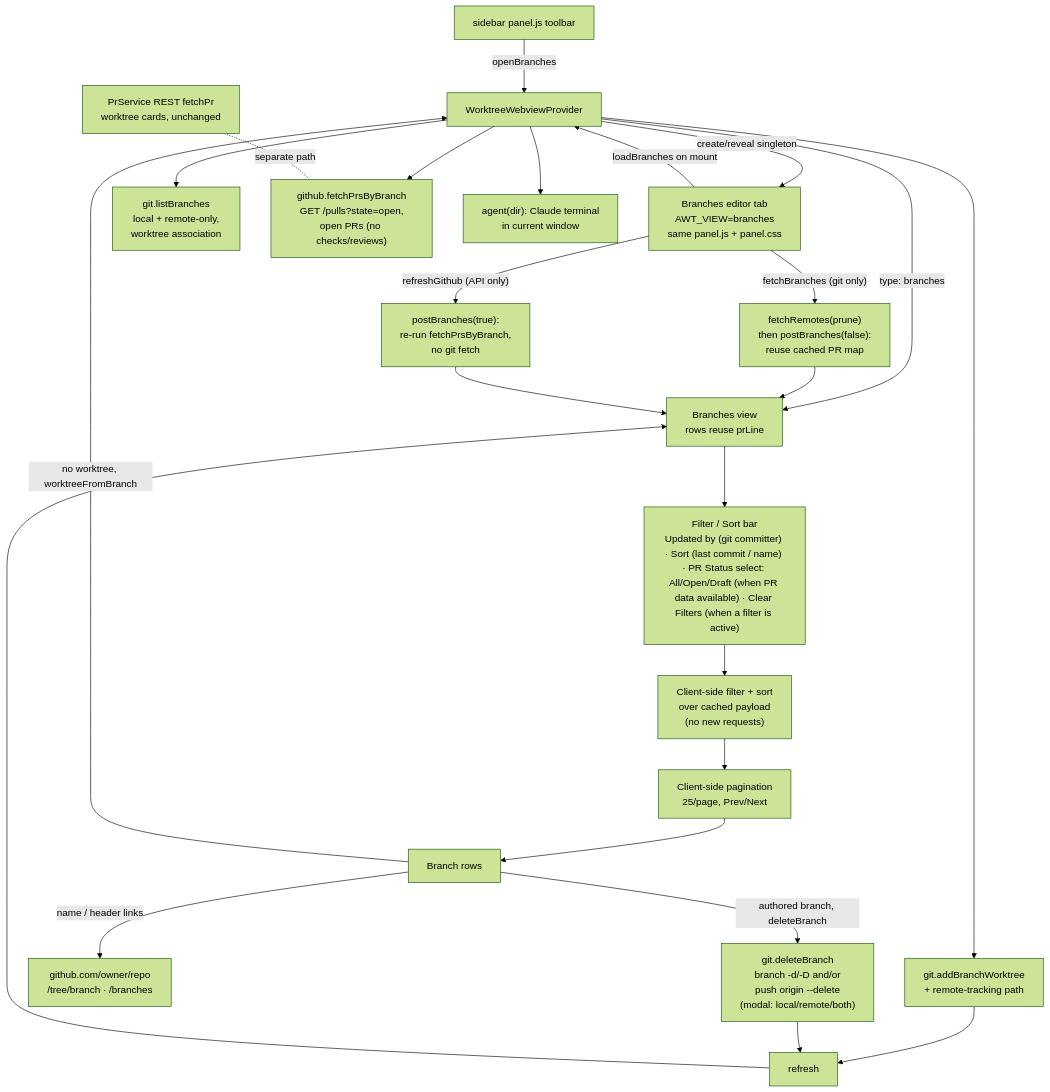
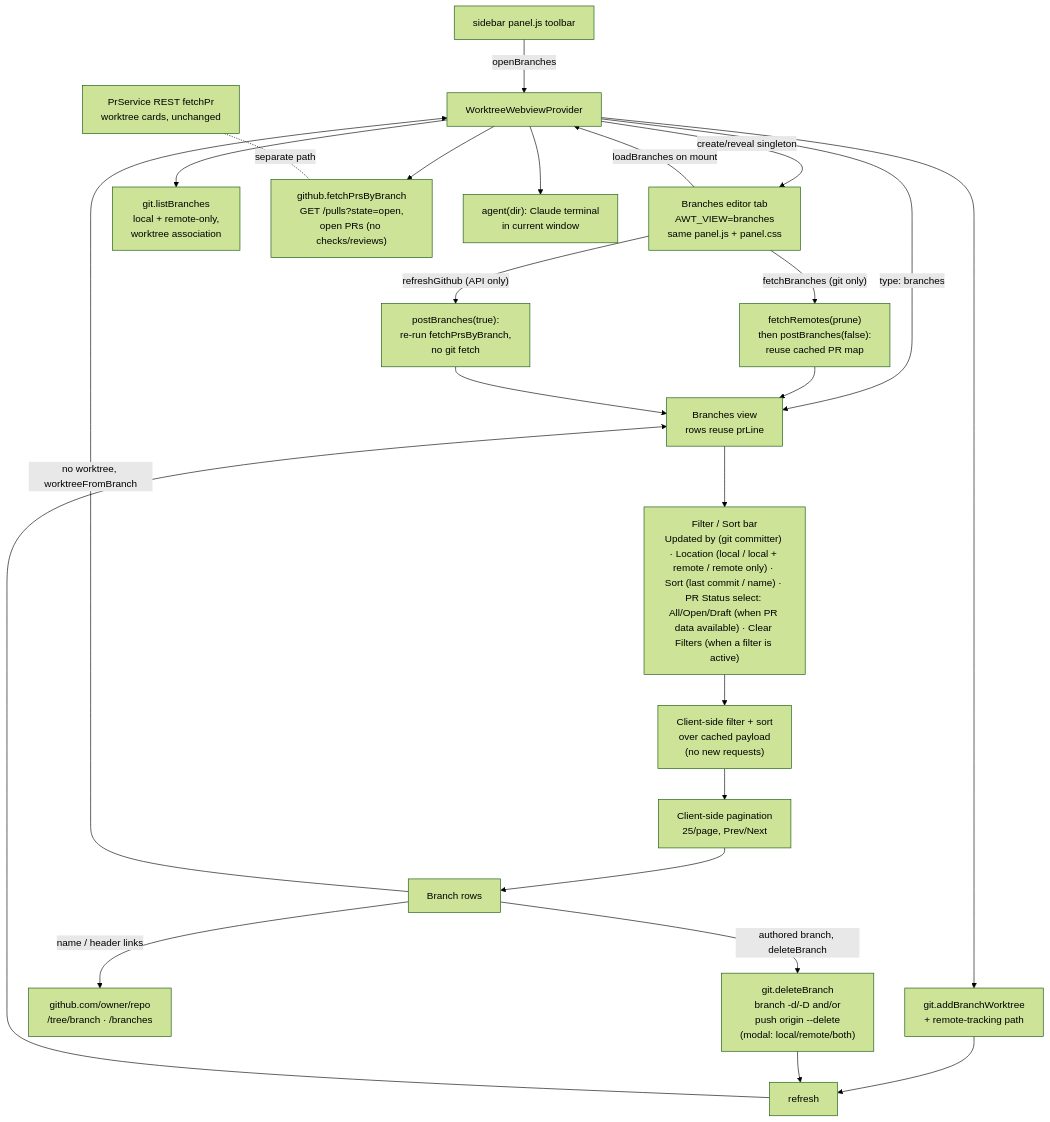
Before and after one commit to BradenTerry/agent-worktrees: the second of 2 diagrams in README.md, drawn with Mermaid (forest theme). The commit also changed other lines of this file and 3 other files, not shown here.

First line of the commit message:
Add a Location multi-select filter to the Branches view

````diff
--- a/README.md
+++ b/README.md
@@ -473,25 +480,25 @@
 ```mermaid
 flowchart TD
     TB["sidebar panel.js toolbar"] -->|openBranches| WV[WorktreeWebviewProvider]
     WV -->|create/reveal singleton| EP["Branches editor tab<br/>AWT_VIEW=branches<br/>same panel.js + panel.css"]
     EP -->|loadBranches on mount| WV
     WV --> LB["git.listBranches<br/>local + remote-only,<br/>worktree association"]
     WV --> FPB["github.fetchPrsByBranch<br/>GET /pulls?state=open,<br/>open PRs (no checks/reviews)"]
     WV -->|type: branches| BO["Branches view<br/>rows reuse prLine"]
-    BO --> FB["Filter / Sort bar<br/>Updated by (git committer) · Sort (last commit / name) · PR Status select: All/Open/Draft (when PR data available) · Clear Filters (when a filter is active)"]
+    BO --> FB["Filter / Sort bar<br/>Updated by (git committer) · Location (local / local + remote / remote only) · Sort (last commit / name) · PR Status select: All/Open/Draft (when PR data available) · Clear Filters (when a filter is active)"]
     FB --> CS["Client-side filter + sort<br/>over cached payload<br/>(no new requests)"]
     CS --> PG["Client-side pagination<br/>25/page, Prev/Next"]
     PG --> ROWS[Branch rows]
     ROWS -->|no worktree, worktreeFromBranch| WV
     ROWS -->|"authored branch, deleteBranch"| DB["git.deleteBranch<br/>branch -d/-D and/or<br/>push origin --delete<br/>(modal: local/remote/both)"]
     ROWS -->|"name / header links"| GH["github.com/owner/repo<br/>/tree/branch · /branches"]
     EP -->|"fetchBranches (git only)"| FET["fetchRemotes(prune)<br/>then postBranches(false):<br/>reuse cached PR map"]
     EP -->|"refreshGithub (API only)"| RGH["postBranches(true):<br/>re-run fetchPrsByBranch,<br/>no git fetch"]
     WV --> AW["git.addBranchWorktree<br/>+ remote-tracking path"]
     WV --> AG["agent(dir): Claude terminal<br/>in current window"]
     AW --> RF[refresh] --> BO
     DB --> RF
     FET --> BO
     RGH --> BO
     PRS["PrService REST fetchPr<br/>worktree cards, unchanged"] -. separate path .- FPB
 ```
````
